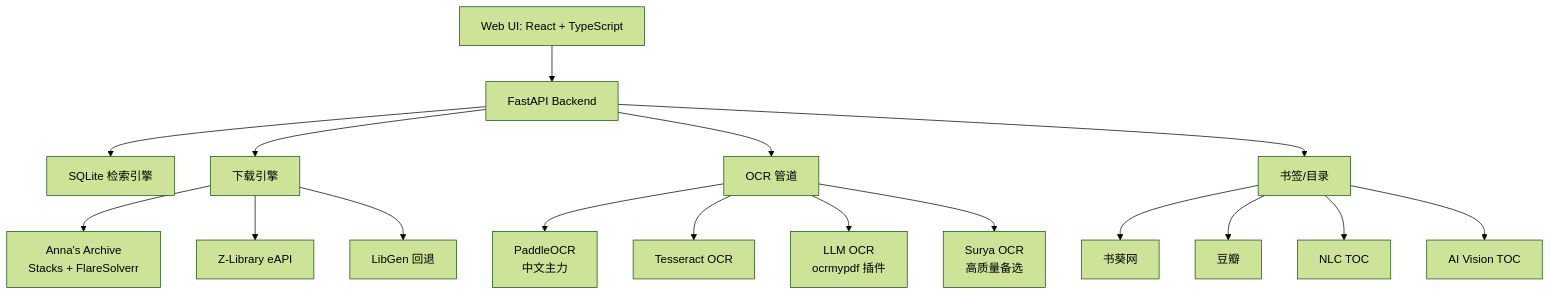
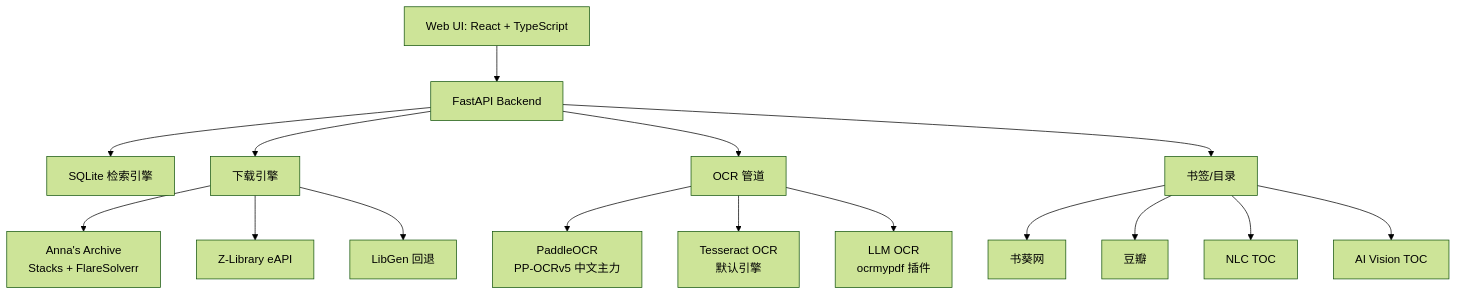
One commit to Callioper/ebook-pdf-downloader changed the diagram in README.md. Above: the diagram before and after it, drawn with Mermaid (forest theme). The commit also changed other lines of this file, not shown here.

Commit message:
docs: optimize README — remove Surya refs, expand Getting Started/Usage/Features

````diff
--- a/README.md
+++ b/README.md
@@ -28,22 +30,21 @@
 ```mermaid
 graph TD
     A[Web UI: React + TypeScript] --> B[FastAPI Backend]
     B --> C[SQLite 检索引擎]
     B --> D[下载引擎]
     B --> E[OCR 管道]
     B --> F[书签/目录]
-    
+
     D --> D1[Anna's Archive<br/>Stacks + FlareSolverr]
     D --> D2[Z-Library eAPI]
     D --> D3[LibGen 回退]
-    
-    E --> E1[PaddleOCR<br/>中文主力]
-    E --> E2[Tesseract OCR]
+
+    E --> E1[PaddleOCR<br/>PP-OCRv5 中文主力]
+    E --> E2[Tesseract OCR<br/>默认引擎]
     E --> E3[LLM OCR<br/>ocrmypdf 插件]
-    E --> E4[Surya OCR<br/>高质量备选]
-    
+
     F --> F1[书葵网]
     F --> F2[豆瓣]
     F --> F3[NLC TOC]
     F --> F4[AI Vision TOC]
 ```
````
